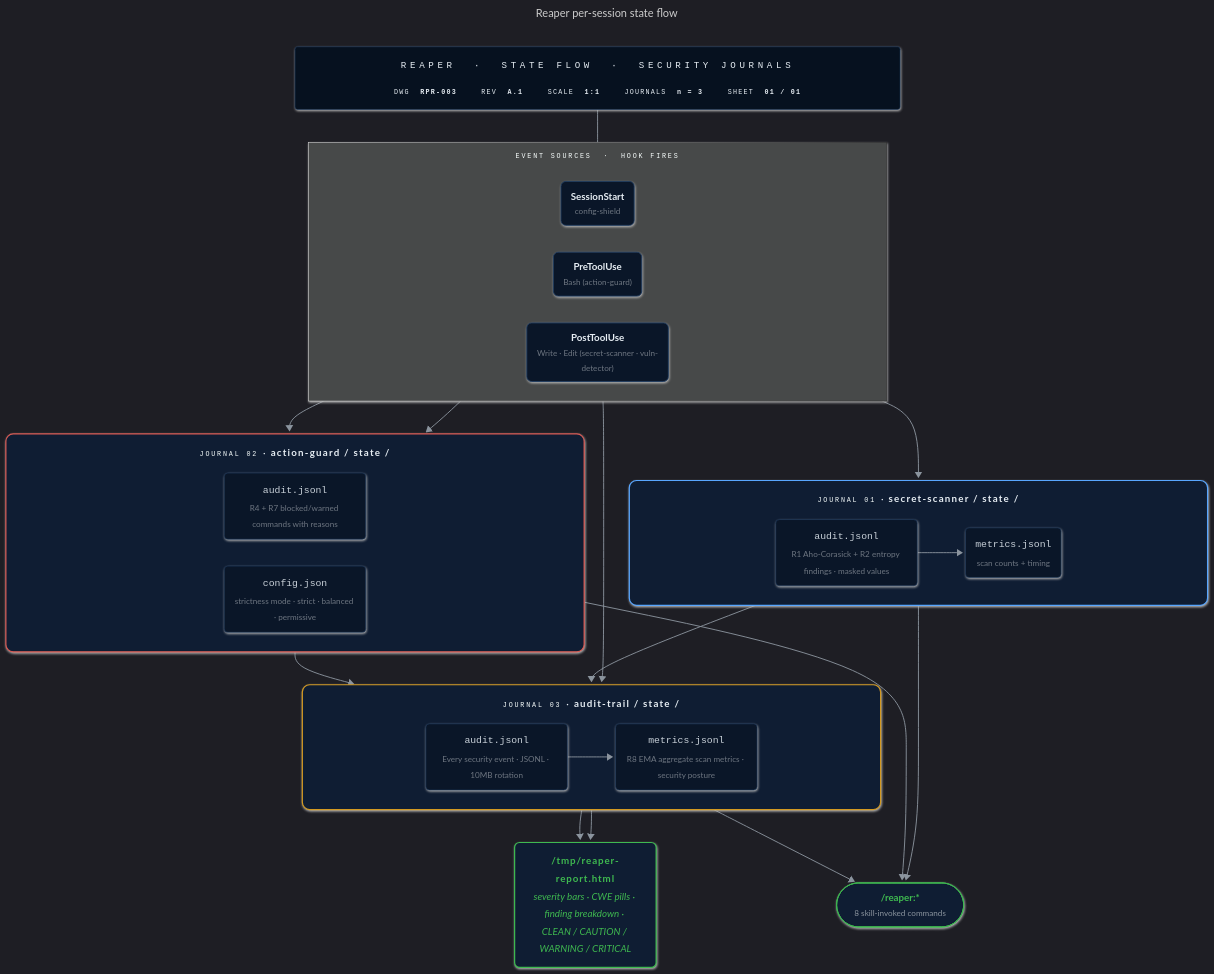
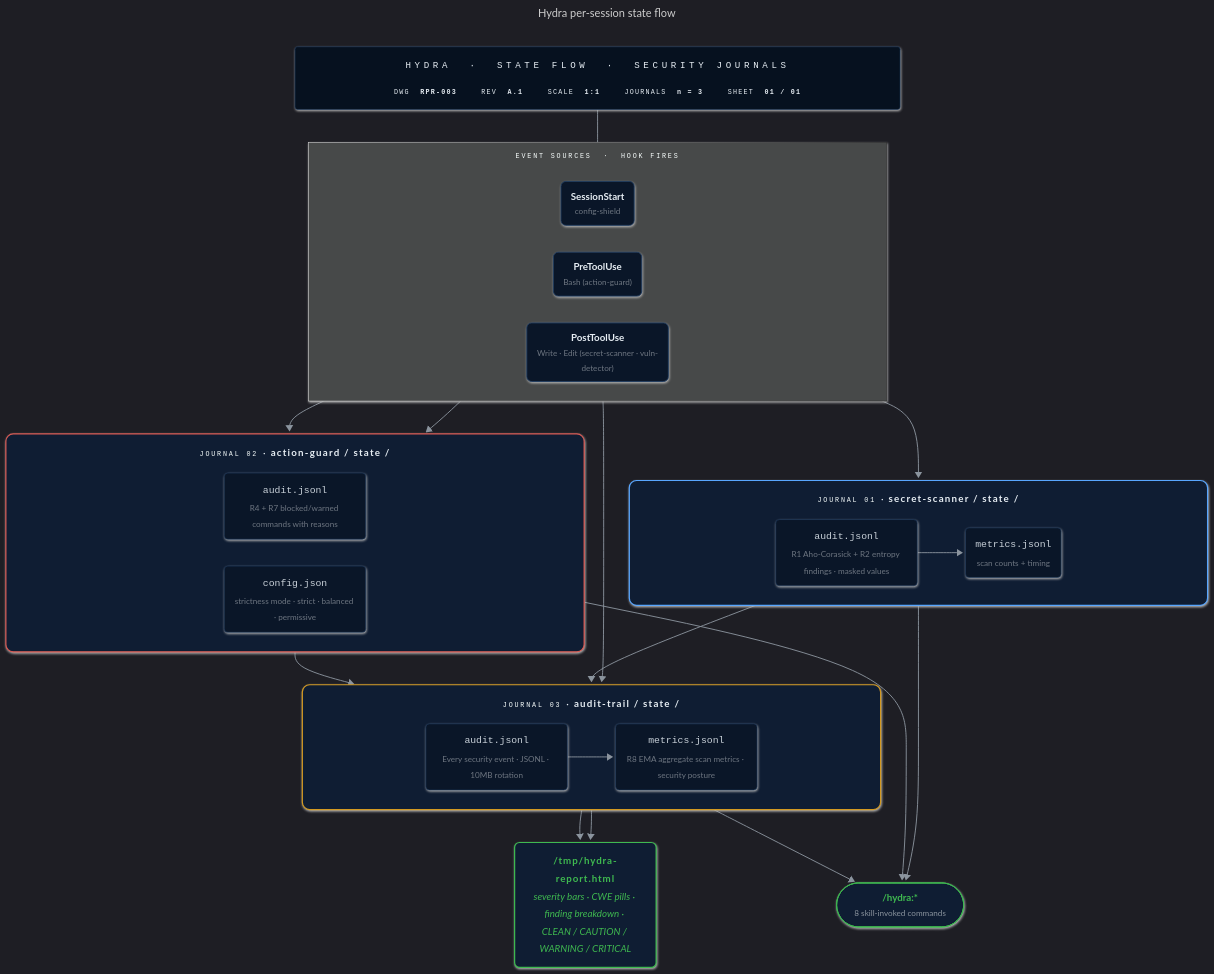
One commit to enchanter-ai/hydra changed the diagram in docs/assets/state-flow.mmd. Above: the diagram before and after it, drawn with Mermaid. The commit also changed 110 other files, not shown here.

First line of the commit message:
rename: Reaper → Hydra, standardize origin format

```diff
--- a/docs/assets/state-flow.mmd
+++ b/docs/assets/state-flow.mmd
@@ -1,78 +1,78 @@
 ---
-title: Reaper per-session state flow
+title: Hydra per-session state flow
 config:
   look: neo
   theme: dark
   flowchart:
     curve: basis
     padding: 18
     nodeSpacing: 44
     rankSpacing: 54
     htmlLabels: true
     subGraphTitleMargin:
       top: 14
       bottom: 18
 ---
 flowchart TB
-    TitleBlock["<div style='font-family:ui-monospace,SFMono-Regular,Consolas,monospace;text-align:center;min-width:940px;padding:6px 10px;line-height:1.8'><div style='color:#58a6ff;font-size:15px;letter-spacing:6px;border-bottom:1px solid #1e3a5f;padding-bottom:10px;margin-bottom:10px'>REAPER &nbsp;·&nbsp; STATE&nbsp;FLOW &nbsp;·&nbsp; SECURITY&nbsp;JOURNALS</div><div style='display:flex;gap:40px;justify-content:center;font-size:11px;color:#8b949e;letter-spacing:2px'><span>DWG&nbsp;&nbsp;<b style='color:#e6edf3'>RPR-003</b></span><span>REV&nbsp;&nbsp;<b style='color:#e6edf3'>A.1</b></span><span>SCALE&nbsp;&nbsp;<b style='color:#e6edf3'>1:1</b></span><span>JOURNALS&nbsp;&nbsp;<b style='color:#e6edf3'>n&nbsp;=&nbsp;3</b></span><span>SHEET&nbsp;&nbsp;<b style='color:#e6edf3'>01&nbsp;/&nbsp;01</b></span></div></div>"]
+    TitleBlock["<div style='font-family:ui-monospace,SFMono-Regular,Consolas,monospace;text-align:center;min-width:940px;padding:6px 10px;line-height:1.8'><div style='color:#58a6ff;font-size:15px;letter-spacing:6px;border-bottom:1px solid #1e3a5f;padding-bottom:10px;margin-bottom:10px'>HYDRA &nbsp;·&nbsp; STATE&nbsp;FLOW &nbsp;·&nbsp; SECURITY&nbsp;JOURNALS</div><div style='display:flex;gap:40px;justify-content:center;font-size:11px;color:#8b949e;letter-spacing:2px'><span>DWG&nbsp;&nbsp;<b style='color:#e6edf3'>RPR-003</b></span><span>REV&nbsp;&nbsp;<b style='color:#e6edf3'>A.1</b></span><span>SCALE&nbsp;&nbsp;<b style='color:#e6edf3'>1:1</b></span><span>JOURNALS&nbsp;&nbsp;<b style='color:#e6edf3'>n&nbsp;=&nbsp;3</b></span><span>SHEET&nbsp;&nbsp;<b style='color:#e6edf3'>01&nbsp;/&nbsp;01</b></span></div></div>"]
 
     subgraph sources["<div style='text-align:center;min-width:940px;font-family:ui-monospace,monospace;color:#8b949e;font-size:11px;letter-spacing:3px'>EVENT&nbsp;SOURCES&nbsp;&nbsp;·&nbsp;&nbsp;HOOK&nbsp;FIRES</div>"]
         direction LR
         Start["<b>SessionStart</b><br/><small style='color:#6e7681'>config-shield</small>"]
         Pre["<b>PreToolUse</b><br/><small style='color:#6e7681'>Bash (action-guard)</small>"]
         Post["<b>PostToolUse</b><br/><small style='color:#6e7681'>Write · Edit (secret-scanner · vuln-detector)</small>"]
     end
 
     subgraph ss["<div style='text-align:center;min-width:940px;line-height:2'><span style='font-family:ui-monospace,monospace;color:#8b949e;font-size:11px;letter-spacing:3px'>JOURNAL&nbsp;01</span>&nbsp;&nbsp;·&nbsp;&nbsp;<b style='letter-spacing:2px'>secret-scanner / state /</b></div>"]
         direction LR
         ss_aud["<div style='text-align:center;line-height:1.7'><code>audit.jsonl</code><br/><small style='color:#6e7681'>R1 Aho-Corasick + R2 entropy findings · masked values</small></div>"]
         ss_met["<div style='text-align:center;line-height:1.7'><code>metrics.jsonl</code><br/><small style='color:#6e7681'>scan counts + timing</small></div>"]
     end
 
     subgraph ag["<div style='text-align:center;min-width:940px;line-height:2'><span style='font-family:ui-monospace,monospace;color:#8b949e;font-size:11px;letter-spacing:3px'>JOURNAL&nbsp;02</span>&nbsp;&nbsp;·&nbsp;&nbsp;<b style='letter-spacing:2px'>action-guard / state /</b></div>"]
         direction LR
         ag_aud["<div style='text-align:center;line-height:1.7'><code>audit.jsonl</code><br/><small style='color:#6e7681'>R4 + R7 blocked/warned commands with reasons</small></div>"]
         ag_cfg["<div style='text-align:center;line-height:1.7'><code>config.json</code><br/><small style='color:#6e7681'>strictness mode · strict · balanced · permissive</small></div>"]
     end
 
     subgraph at["<div style='text-align:center;min-width:940px;line-height:2'><span style='font-family:ui-monospace,monospace;color:#8b949e;font-size:11px;letter-spacing:3px'>JOURNAL&nbsp;03</span>&nbsp;&nbsp;·&nbsp;&nbsp;<b style='letter-spacing:2px'>audit-trail / state /</b></div>"]
         direction LR
         at_aud["<div style='text-align:center;line-height:1.7'><code>audit.jsonl</code><br/><small style='color:#6e7681'>Every security event · JSONL · 10MB rotation</small></div>"]
         at_met["<div style='text-align:center;line-height:1.7'><code>metrics.jsonl</code><br/><small style='color:#6e7681'>R8 EMA aggregate scan metrics · security posture</small></div>"]
     end
 
-    Report["<div style='text-align:center;line-height:1.8;padding:4px 12px'><b style='letter-spacing:1.5px;color:#3fb950'>/tmp/reaper-report.html</b><br/><em style='color:#8b949e;font-size:12px'>severity bars · CWE pills · finding breakdown · CLEAN / CAUTION / WARNING / CRITICAL</em></div>"]
-    Query(["<b>/reaper:*</b><br/><small style='color:#8b949e'>8 skill-invoked commands</small>"])
+    Report["<div style='text-align:center;line-height:1.8;padding:4px 12px'><b style='letter-spacing:1.5px;color:#3fb950'>/tmp/hydra-report.html</b><br/><em style='color:#8b949e;font-size:12px'>severity bars · CWE pills · finding breakdown · CLEAN / CAUTION / WARNING / CRITICAL</em></div>"]
+    Query(["<b>/hydra:*</b><br/><small style='color:#8b949e'>8 skill-invoked commands</small>"])
 
     TitleBlock ~~~ sources
     Post --> ss_aud
     ss_aud --> ss_met
     Pre --> ag_aud
     Start --> ag_cfg
     Post --> at_aud
     ss_aud --> at_aud
     ag_aud --> at_aud
     at_aud --> at_met
     at_aud --> Report
     at_met --> Report
     ss_aud --> Query
     ag_aud --> Query
     at_aud --> Query
 
     classDef titleBlock fill:#06111f,stroke:#1e3a5f,stroke-width:1px,color:#e6edf3,rx:4,ry:4
     classDef sourceNode fill:#0a1628,stroke:#1e3a5f,stroke-width:1.5px,color:#e6edf3,rx:8,ry:8
     classDef journalLine fill:#0a1628,stroke:#1e3a5f,stroke-width:1px,color:#c9d1d9,rx:6,ry:6
     classDef reportNode fill:#0f1d33,stroke:#3fb950,stroke-width:2px,color:#3fb950,rx:8,ry:8
     classDef queryNode fill:#0f1d33,stroke:#3fb950,stroke-width:1.5px,color:#3fb950,rx:14,ry:14
 
     class TitleBlock titleBlock
     class Start,Pre,Post sourceNode
     class ss_aud,ss_met,ag_aud,ag_cfg,at_aud,at_met journalLine
     class Report reportNode
     class Query queryNode
 
     style ss fill:#0f1d33,stroke:#58a6ff,stroke-width:2px,color:#e6edf3,rx:12,ry:12
     style ag fill:#0f1d33,stroke:#d75952,stroke-width:2px,color:#e6edf3,rx:12,ry:12
     style at fill:#0f1d33,stroke:#d29922,stroke-width:2px,color:#e6edf3,rx:12,ry:12
 
     linkStyle default stroke:#8b949e,stroke-width:1.5px
```
